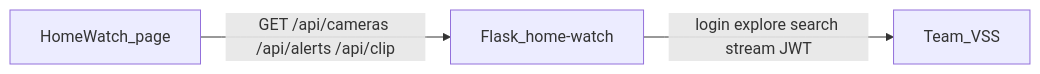
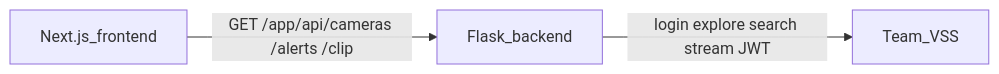
One commit to Shaibaj01/LoveCheck changed the diagram in home-watch/PLAN.md. Above: the diagram before and after it, drawn with Mermaid. The commit also changed other lines of this file and 14 other files, not shown here.

Commit message:
Add Home Watch Flask API and Next.js attention board.

````diff
--- a/home-watch/PLAN.md
+++ b/home-watch/PLAN.md
@@ -7,8 +7,8 @@
 ```mermaid
 flowchart LR
-  UI[HomeWatch_page]
-  App[Flask_home-watch]
+  UI[Next.js_frontend]
+  App[Flask_backend]
   VSS[Team_VSS]
-  UI -->|GET /api/cameras /api/alerts /api/clip| App
+  UI -->|GET /app/api/cameras /alerts /clip| App
   App -->|login explore search stream JWT| VSS
 ```
````
